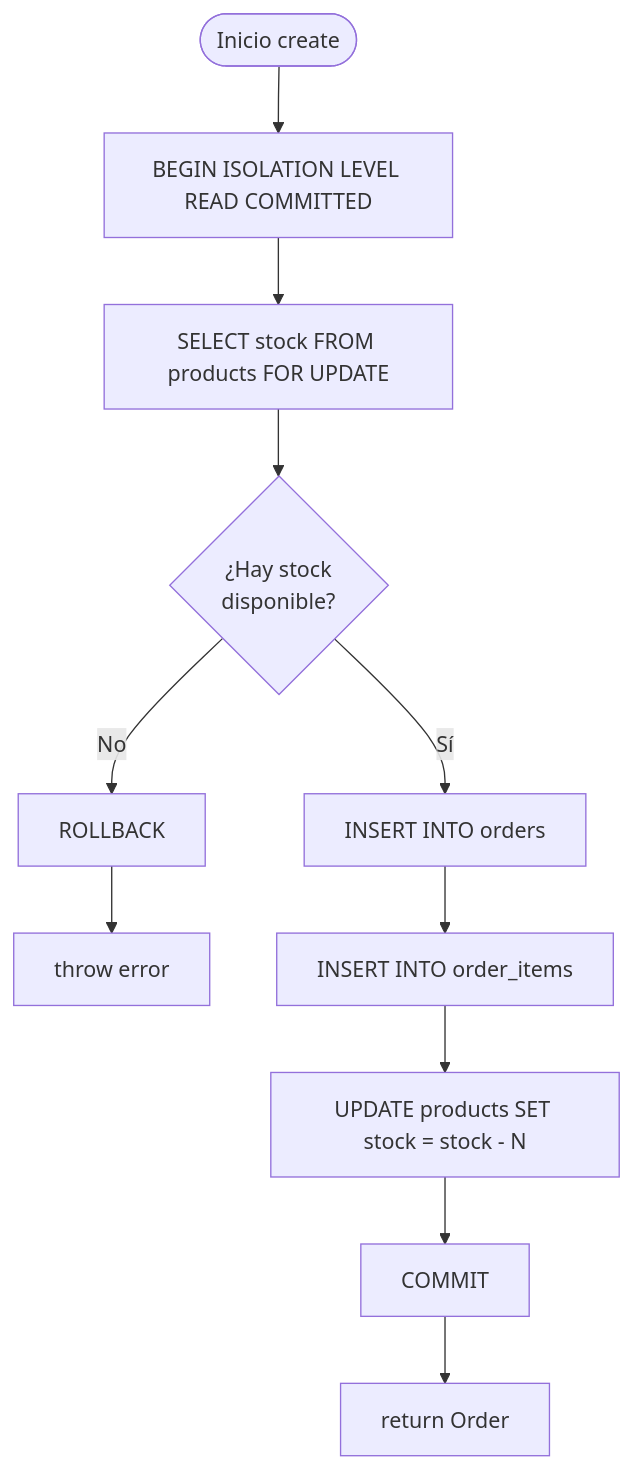
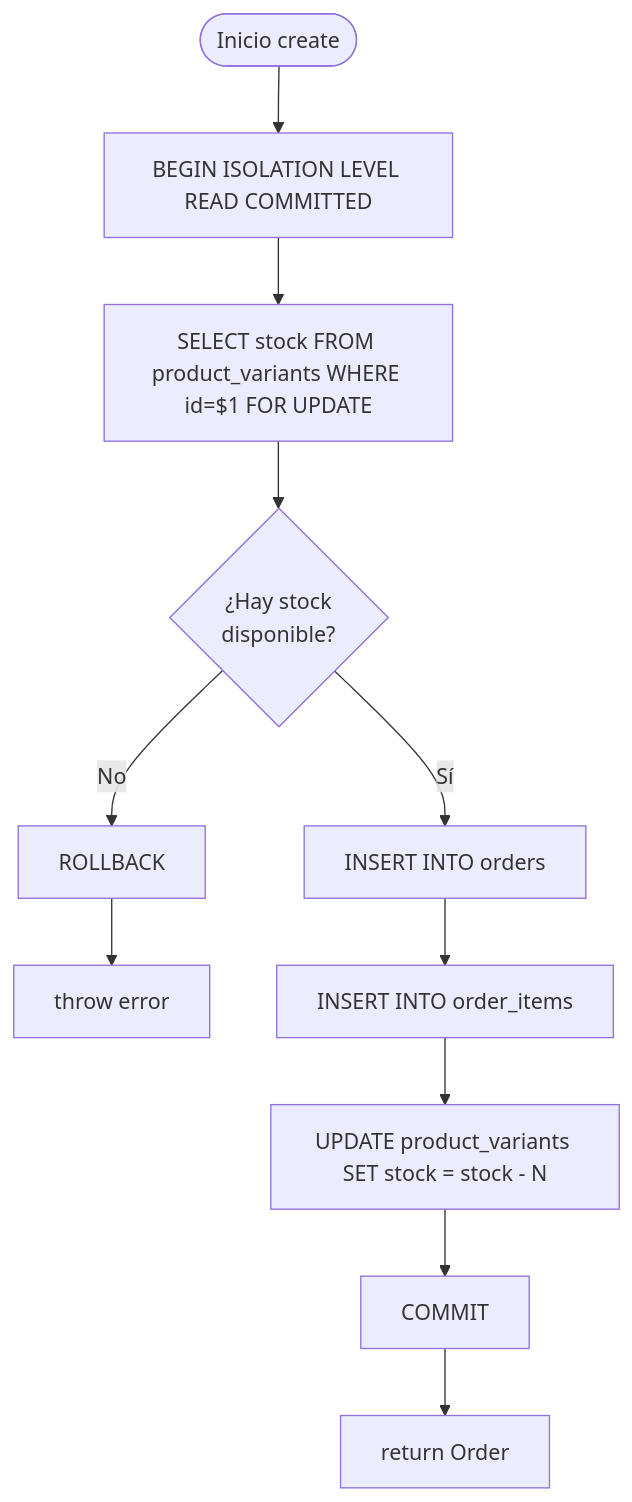
Before and after one commit to Leofit-Solutions-Grupo01/leofit-pedidos-sistema: the diagram in docs/diagramas/D5-crear-pedido/flowchart.mmd, drawn with Mermaid. The commit also changed 3 other files, not shown here.

Commit message:
fix(diagrams): alinear queries SQL en D5 con codigo real

```diff
--- a/docs/diagramas/D5-crear-pedido/flowchart.mmd
+++ b/docs/diagramas/D5-crear-pedido/flowchart.mmd
@@ -1,13 +1,13 @@
 flowchart TD
     Start([Inicio create]) --> Begin[BEGIN ISOLATION LEVEL READ COMMITTED]
-    Begin --> SelectForUpdate[SELECT stock FROM products FOR UPDATE]
+    Begin --> SelectForUpdate[SELECT stock FROM product_variants WHERE id=$1 FOR UPDATE]
     SelectForUpdate --> CheckStock{¿Hay stock<br/>disponible?}
     
     CheckStock -->|No| Rollback[ROLLBACK]
     Rollback --> Throw[throw error]
     
     CheckStock -->|Sí| InsertOrder[INSERT INTO orders]
     InsertOrder --> InsertItems[INSERT INTO order_items]
-    InsertItems --> UpdateStock[UPDATE products SET stock = stock - N]
+    InsertItems --> UpdateStock[UPDATE product_variants SET stock = stock - N]
     UpdateStock --> CommitDB[COMMIT]
     CommitDB --> Return[return Order]
```
